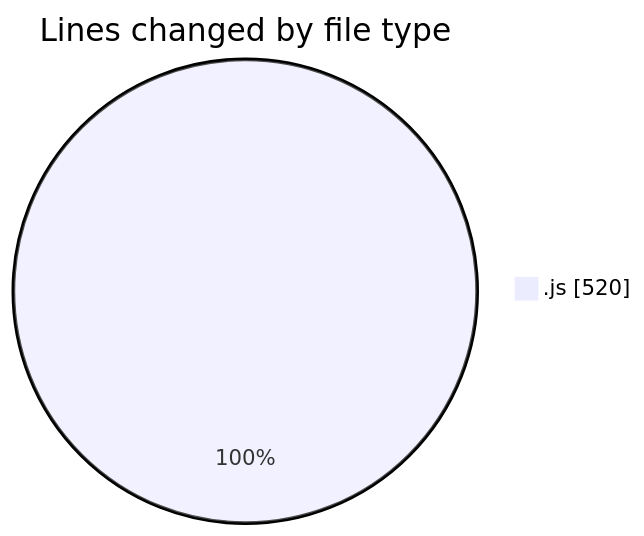
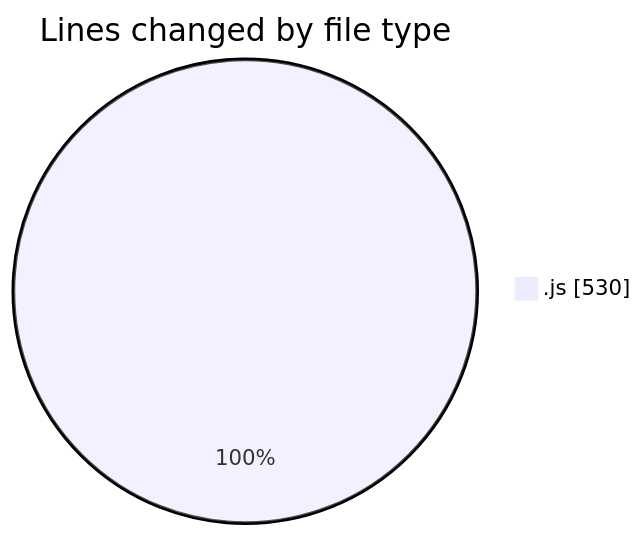
The first of 2 diagrams in 2025-04-16/nxtqube_webapp/README.md (nxtqubesakshisongat/code-tracking), drawn with Mermaid before and after one commit. The commit also changed other lines of this file and 1 other file, not shown here.

````diff
--- a/2025-04-16/nxtqube_webapp/README.md
+++ b/2025-04-16/nxtqube_webapp/README.md
@@ -21,5 +21,5 @@
 ```mermaid
 pie showData
 title Lines changed by file type
-".js" : 520
+".js" : 530
 ```
````
